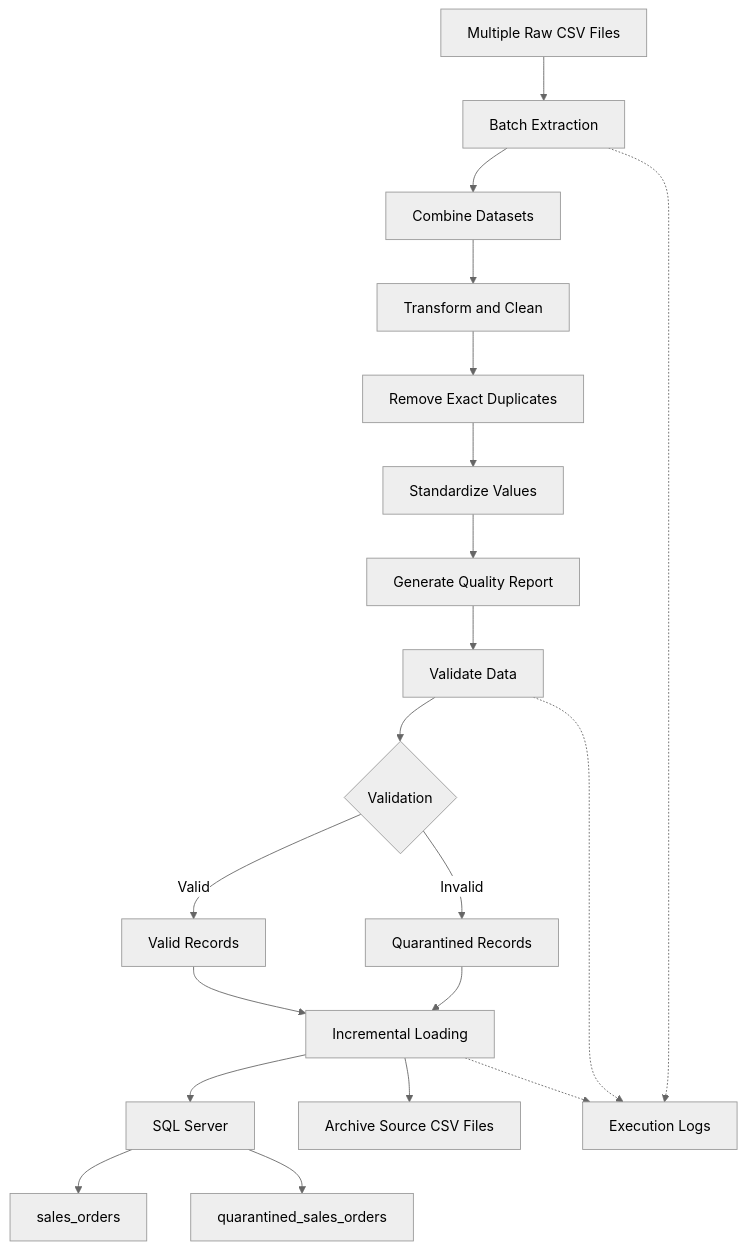
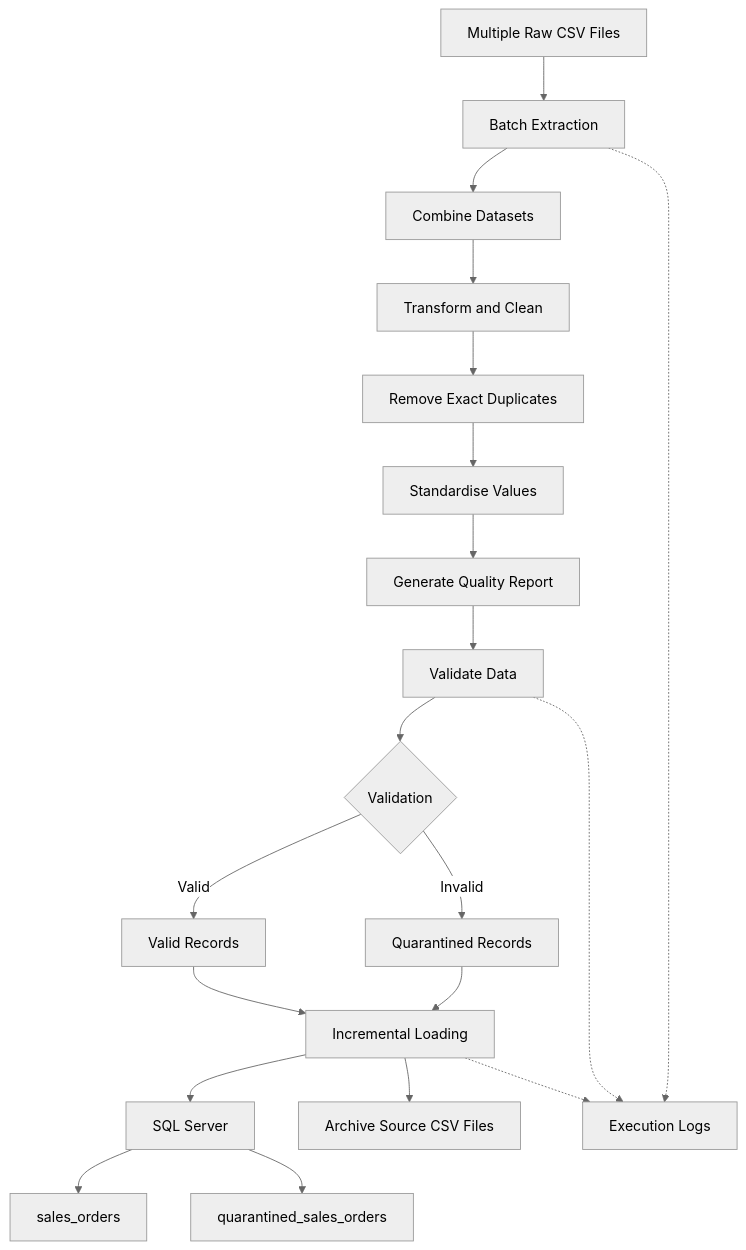
The first of 2 diagrams in README.md (abhinandan2611/Ecommerce-Sales-ETL-Pipeline), drawn with Mermaid (neutral theme) before and after one commit. The commit also changed other lines of this file, not shown here.

Commit message:
Update README with embedded warehouse star schema

````diff
--- a/README.md
+++ b/README.md
@@ -69,22 +83,22 @@
 ```mermaid
 flowchart TD
-    A[Multiple Raw CSV Files] --> B[Batch Extraction]
-    B --> C[Combine Datasets]
-    C --> D[Transform and Clean]
-    D --> E[Remove Exact Duplicates]
-    E --> F[Standardize Values]
-    F --> G[Generate Quality Report]
-    G --> H[Validate Data]
-    H --> I{Validation}
-    I -->|Valid| J[Valid Records]
-    I -->|Invalid| K[Quarantined Records]
-    J --> L[Incremental Loading]
+    A["Multiple Raw CSV Files"] --> B["Batch Extraction"]
+    B --> C["Combine Datasets"]
+    C --> D["Transform and Clean"]
+    D --> E["Remove Exact Duplicates"]
+    E --> F["Standardise Values"]
+    F --> G["Generate Quality Report"]
+    G --> H["Validate Data"]
+    H --> I{"Validation"}
+    I -->|Valid| J["Valid Records"]
+    I -->|Invalid| K["Quarantined Records"]
+    J --> L["Incremental Loading"]
     K --> L
-    L --> M[SQL Server]
-    M --> N[sales_orders]
-    M --> O[quarantined_sales_orders]
-    L --> P[Archive Source CSV Files]
-    B -.-> Q[Execution Logs]
+    L --> M["SQL Server"]
+    M --> N["sales_orders"]
+    M --> O["quarantined_sales_orders"]
+    L --> P["Archive Source CSV Files"]
+    B -.-> Q["Execution Logs"]
     H -.-> Q
     L -.-> Q
 ```
````
